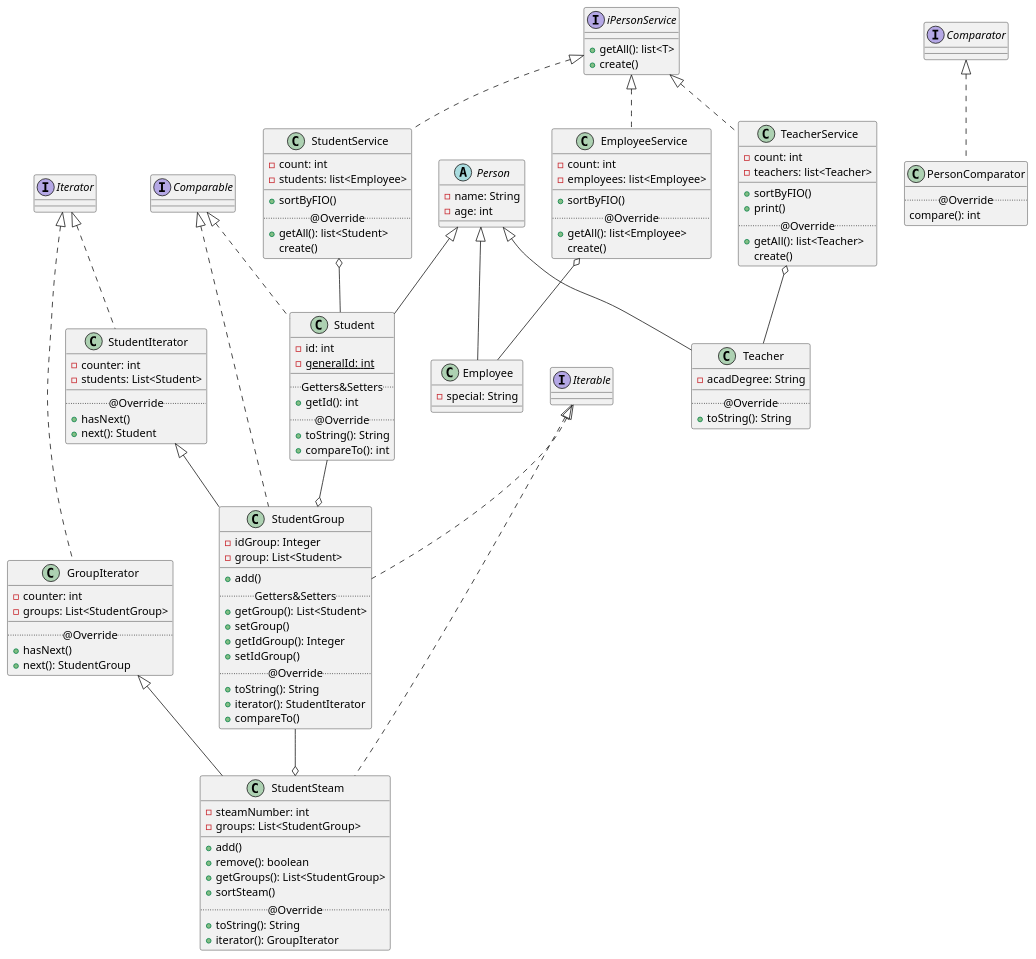
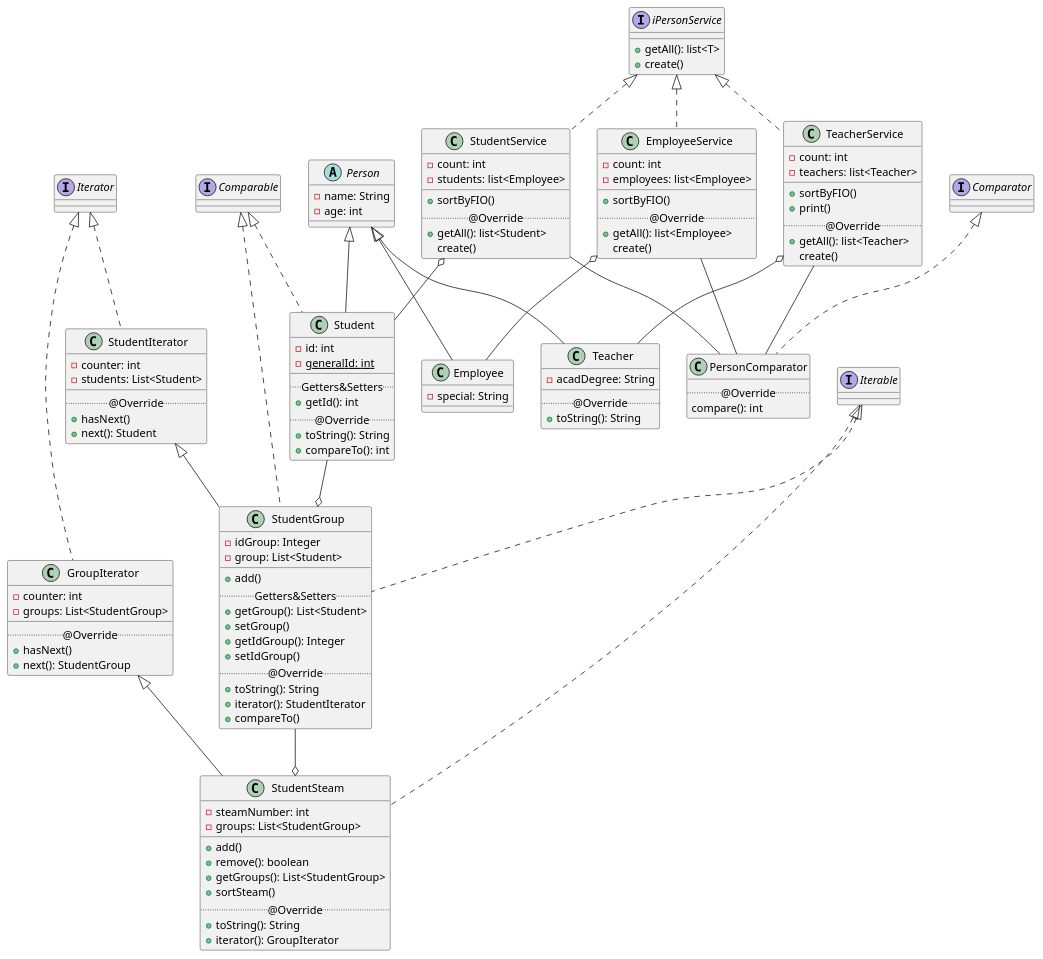
Before and after one commit to learningongb/oop: the diagram in StudentApp/classesUML.puml, drawn with PlantUML.

Commit message:
Доработал схему связи классов

```diff
--- a/StudentApp/classesUML.puml
+++ b/StudentApp/classesUML.puml
@@ -1,133 +1,136 @@
 @startuml
 
 abstract class Person {
     -name: String
     -age: int
 }
 
 class Student extends Person implements Comparable{
     -id: int
     -{static} generalId: int
     __
     ..Getters&Setters..
     +getId(): int
     ..@Override..
     +toString(): String
     +compareTo(): int
 }
 
 class StudentGroup implements Iterable, Comparable {
     -idGroup: Integer
     -group: List<Student>
     __
     +add()
     ..Getters&Setters..
     +getGroup(): List<Student>
     +setGroup()
     +getIdGroup(): Integer
     +setIdGroup()
     ..@Override..
     +toString(): String
     +iterator(): StudentIterator
     +compareTo()
 }
 
 class StudentSteam implements Iterable {
     -steamNumber: int
     -groups: List<StudentGroup>
     __
     +add()
     +remove(): boolean
     +getGroups(): List<StudentGroup>
     +sortSteam()
     ..@Override..
     +toString(): String
     +iterator(): GroupIterator
 }
 
 class StudentIterator implements Iterator {
     -counter: int
     -students: List<Student>
     __
     ..@Override..
     +hasNext()
     +next(): Student
 }
 
 class GroupIterator implements Iterator {
     -counter: int
     -groups: List<StudentGroup>
     __
     ..@Override..
     +hasNext()
     +next(): StudentGroup
 }
 
 class PersonComparator implements Comparator {
     ..@Override..
     compare(): int
 }
 
 class Employee extends Person {
     -special: String
 }
 
 class Teacher extends Person {
     -acadDegree: String
     __
     ..@Override..
     +toString(): String
 }
 
 class EmployeeService implements iPersonService {
     -count: int
     -employees: list<Employee>
     __
     +sortByFIO()
     ..@Override..
     +getAll(): list<Employee>
     create()
 }
 
 class StudentService implements iPersonService {
     -count: int
     -students: list<Employee>
     __
     +sortByFIO()
     ..@Override..
     +getAll(): list<Student>
     create()
 }
 
 class TeacherService implements iPersonService {
     -count: int
     -teachers: list<Teacher>
     __
     +sortByFIO()
     +print()
     ..@Override..
     +getAll(): list<Teacher>
     create()
 }
 
 interface iPersonService {
     +getAll(): list<T>
     +create()
 }
 interface Comparable
 
 Student --o StudentGroup
 StudentIterator <|-- StudentGroup
 'StudentGroup --* Student
 
 StudentGroup --o StudentSteam
 GroupIterator <|-- StudentSteam
 'StudentSteam --* StudentGroup
 
 EmployeeService o-- Employee
 TeacherService o-- Teacher
 StudentService o-- Student
 
+EmployeeService -- PersonComparator
+TeacherService -- PersonComparator
+StudentService -- PersonComparator
 
 hide @unlinked
 @enduml
```
